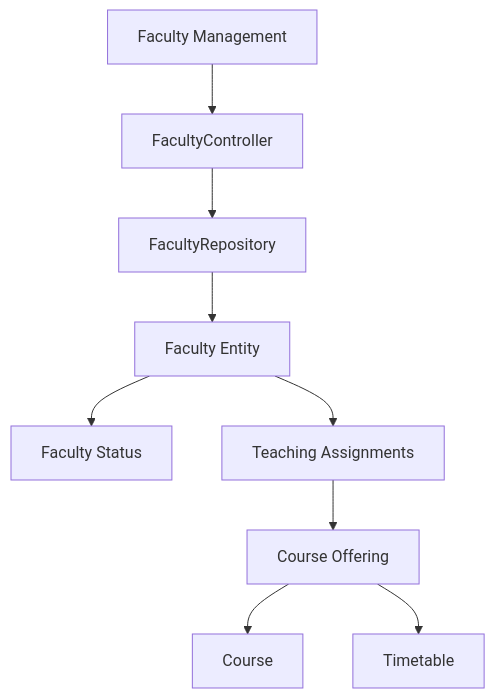
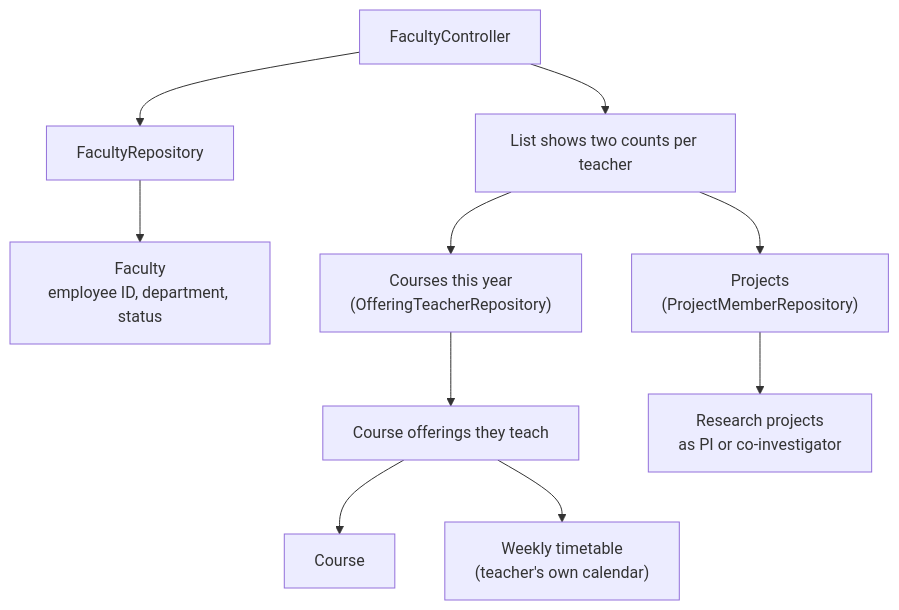
Diagram 11 of 19 in README.md (Git-punit/campus-erp), drawn with Mermaid before and after one commit. The commit also changed other lines of this file, not shown here.

````diff
--- a/README.md
+++ b/README.md
@@ -622,14 +698,13 @@
 ```mermaid
 flowchart TD
-    A["Faculty Management"]
-    A --> B["FacultyController"]
-    B --> C["FacultyRepository"]
+    A["FacultyController"] --> C["FacultyRepository"] --> D["Faculty<br/>employee ID, department, status"]
 
-    C --> D["Faculty Entity"]
-    D --> E["Faculty Status"]
+    A --> CNT["List shows two counts per teacher"]
+    CNT --> F["Courses this year<br/>(OfferingTeacherRepository)"]
+    CNT --> P["Projects<br/>(ProjectMemberRepository)"]
 
-    D --> F["Teaching Assignments"]
-    F --> G["Course Offering"]
+    F --> G["Course offerings they teach"]
     G --> H["Course"]
-    G --> I["Timetable"]
+    G --> I["Weekly timetable<br/>(teacher's own calendar)"]
+    P --> R["Research projects<br/>as PI or co-investigator"]
 ```
````
